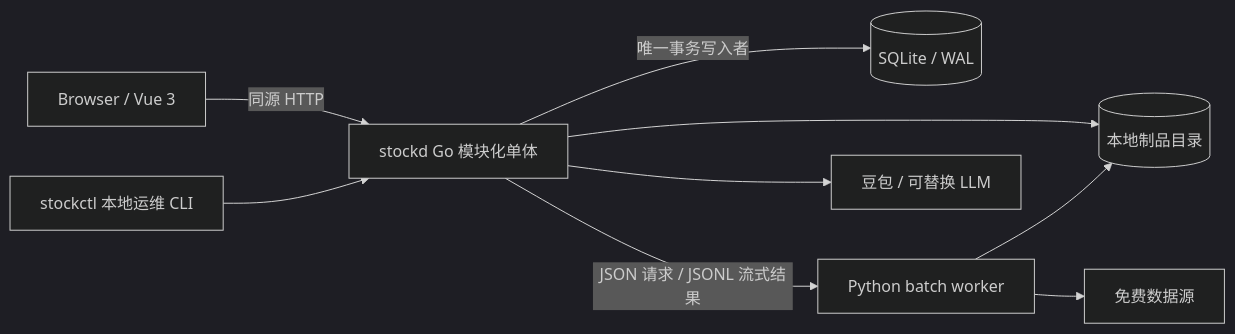
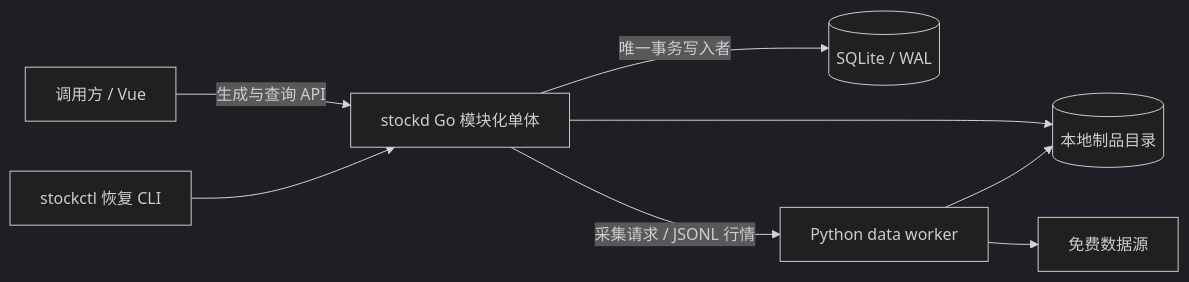
Before and after one commit to NANALIKE/stock_analysis_assistant: the first of 5 diagrams in docs/architecture/technical-architecture.md, drawn with Mermaid (dark theme). The commit also changed other lines of this file, not shown here.

Commit message:
docs(VOICE-2): narrow phase one to market data API

````diff
--- a/docs/architecture/technical-architecture.md
+++ b/docs/architecture/technical-architecture.md
@@ -53,11 +57,10 @@
 ```mermaid
 flowchart LR
-    B[Browser / Vue 3] -->|同源 HTTP| G[stockd Go 模块化单体]
-    C[stockctl 本地运维 CLI] --> G
+    B[调用方 / Vue] -->|生成与查询 API| G[stockd Go 模块化单体]
+    C[stockctl 恢复 CLI] --> G
     G -->|唯一事务写入者| DB[(SQLite / WAL)]
     G --> FS[(本地制品目录)]
-    G -->|JSON 请求 / JSONL 流式结果| W[Python batch worker]
+    G -->|采集请求 / JSONL 行情| W[Python data worker]
     W --> DS[免费数据源]
     W --> FS
-    G --> LLM[豆包 / 可替换 LLM]
 ```
````
